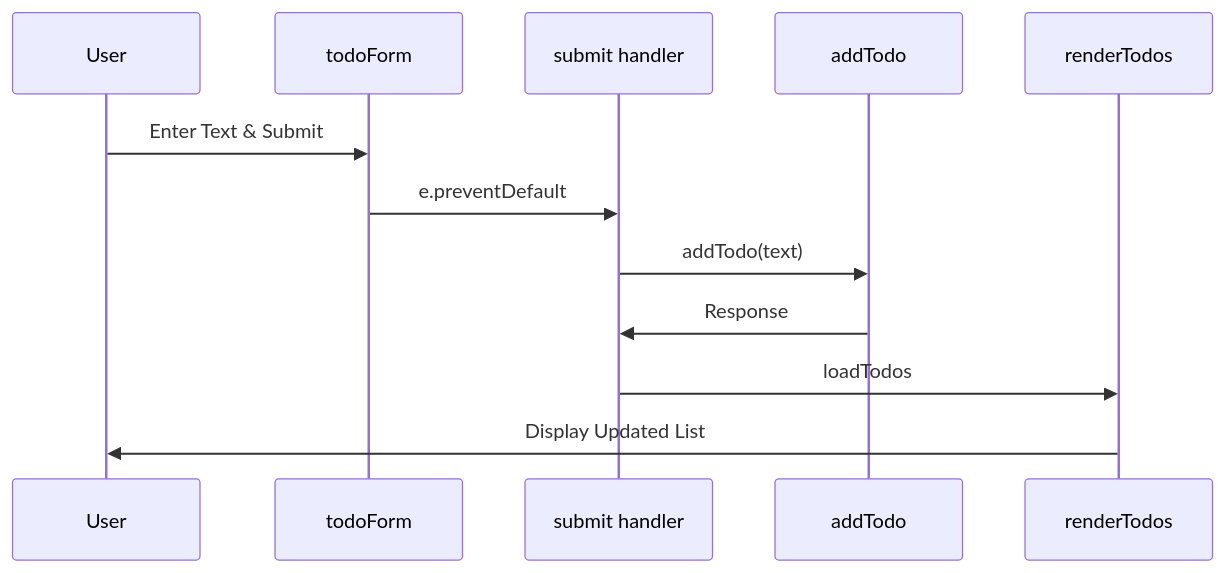
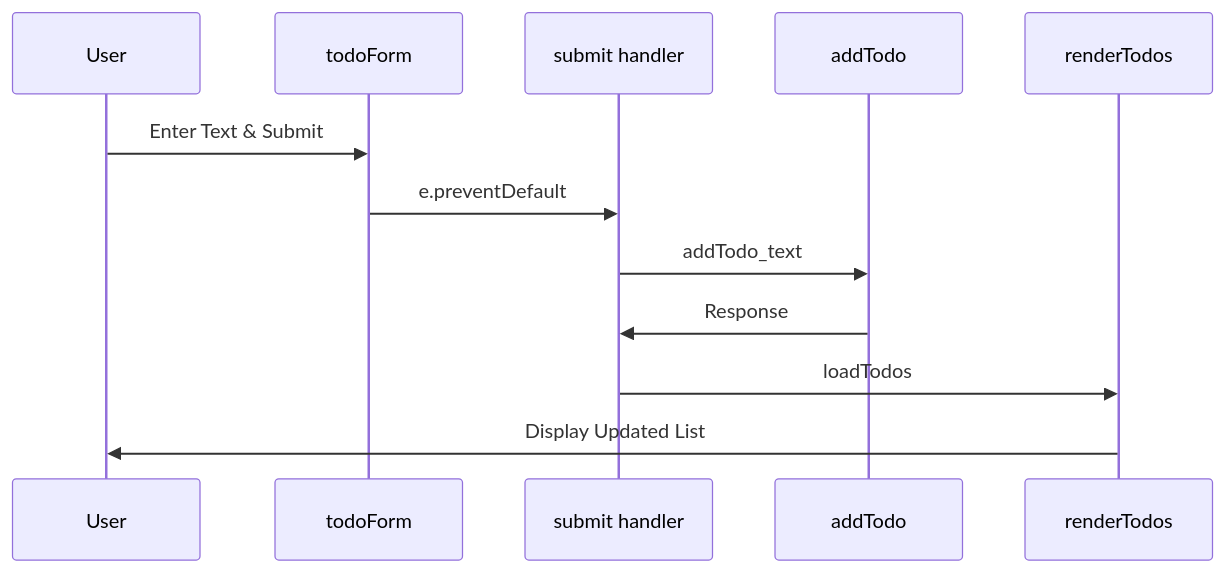
Before and after one commit to rahul101001000/mytodolist: the fourth of 9 diagrams in APP.md, drawn with Mermaid. The commit also changed other lines of this file, not shown here.

````diff
--- a/APP.md
+++ b/APP.md
@@ -113,15 +113,15 @@
    ```mermaid
    sequenceDiagram
        participant User
        participant Form as todoForm
        participant Handler as submit handler
        participant API as addTodo
        participant UI as renderTodos
 
        User->>Form: Enter Text & Submit
        Form->>Handler: e.preventDefault
-       Handler->>API: addTodo(text)
+       Handler->>API: addTodo_text
        API->>Handler: Response
        Handler->>UI: loadTodos
        UI->>User: Display Updated List
    ```
````
